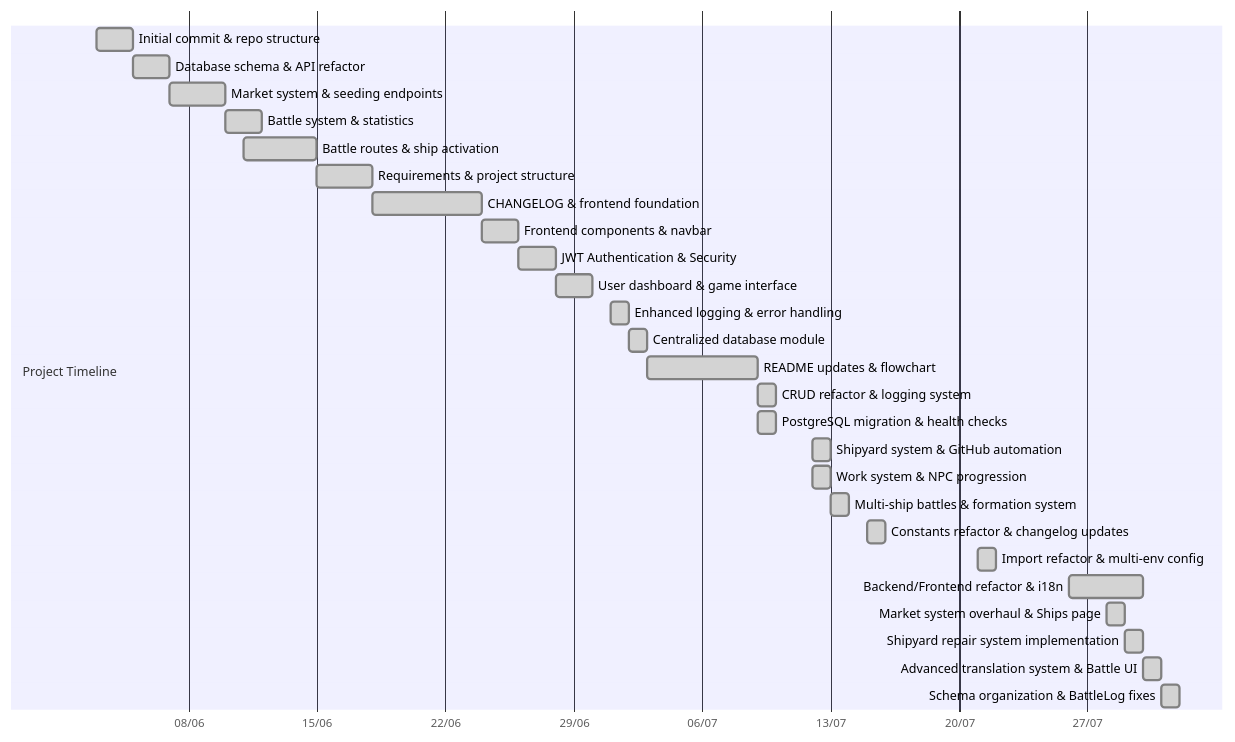
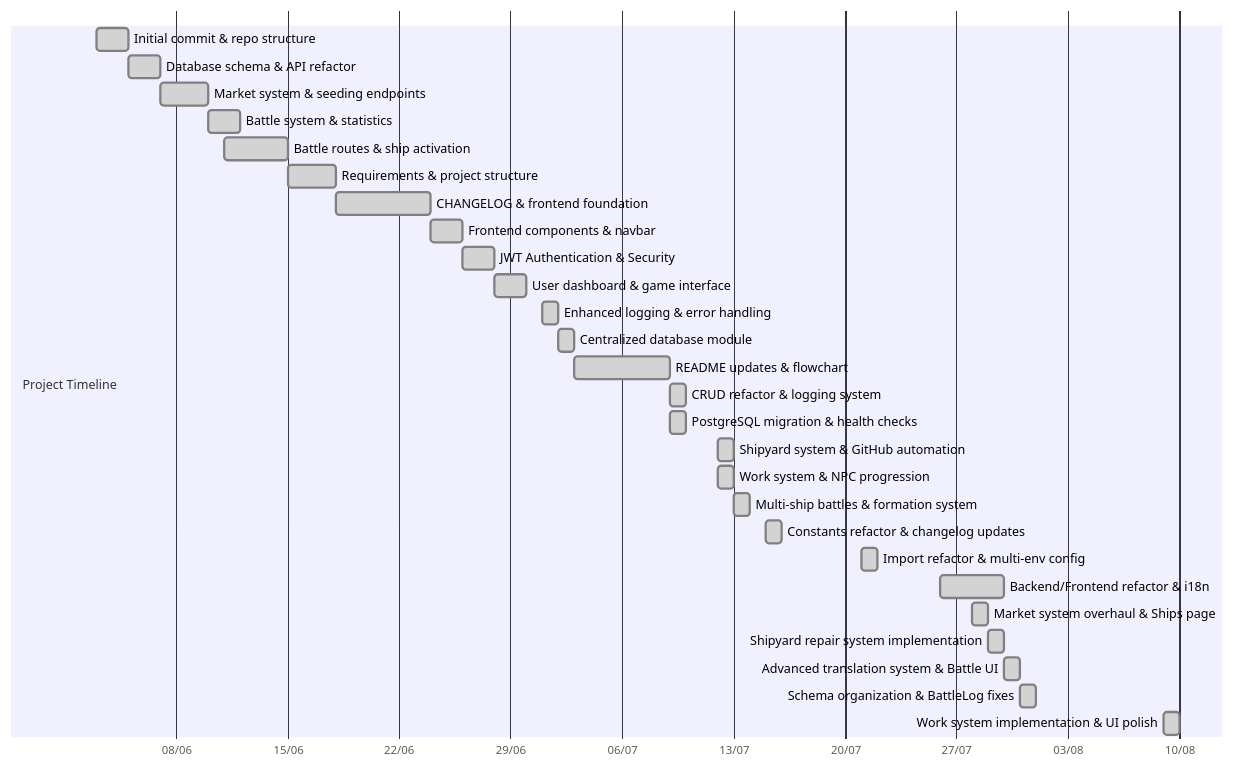
Before and after one commit to FilipePacheco73/Bellum-Astrum: the second of 2 diagrams in README.md, drawn with Mermaid. The commit also changed other lines of this file and 33 other files, not shown here.

Commit message:
feat: implement work system with frontend UI and backend routes

````diff
--- a/README.md
+++ b/README.md
@@ -528,31 +523,32 @@
 ```mermaid
 gantt
 dateFormat  YYYY-MM-DD
 axisFormat  %d/%m
 section Project Timeline
 Initial commit & repo structure        :done,    des1, 2025-06-03, 2d
 Database schema & API refactor         :done,    des2, 2025-06-05, 2d
 Market system & seeding endpoints      :done,    des3, 2025-06-07, 3d
 Battle system & statistics             :done,    des4, 2025-06-10, 2d
 Battle routes & ship activation        :done,    des5, 2025-06-11, 4d
 Requirements & project structure       :done,    des6, 2025-06-15, 3d
 CHANGELOG & frontend foundation        :done,    des7, 2025-06-18, 6d
 Frontend components & navbar           :done,    des8, 2025-06-24, 2d
 JWT Authentication & Security          :done,    des9, 2025-06-26, 2d
 User dashboard & game interface        :done,    des10, 2025-06-28, 2d
 Enhanced logging & error handling      :done,    des11, 2025-07-01, 1d
 Centralized database module            :done,    des12, 2025-07-02, 1d
 README updates & flowchart             :done,    des13, 2025-07-03, 6d
 CRUD refactor & logging system         :done,    des14, 2025-07-09, 1d
 PostgreSQL migration & health checks   :done,    des15, 2025-07-09, 1d
 Shipyard system & GitHub automation    :done,    des16, 2025-07-12, 1d
 Work system & NPC progression          :done,    des17, 2025-07-12, 1d
 Multi-ship battles & formation system  :done,    des18, 2025-07-13, 1d
 Constants refactor & changelog updates :done,    des19, 2025-07-15, 1d
 Import refactor & multi-env config     :done,    des20, 2025-07-21, 1d
 Backend/Frontend refactor & i18n       :done,    des21, 2025-07-26, 4d
 Market system overhaul & Ships page    :done,    des22, 2025-07-28, 1d
 Shipyard repair system implementation  :done,    des23, 2025-07-29, 1d
 Advanced translation system & Battle UI :done,   des24, 2025-07-30, 1d
 Schema organization & BattleLog fixes  :done,    des25, 2025-07-31, 1d
+Work system implementation & UI polish :done,    des26, 2025-08-09, 1d
 ```
````
